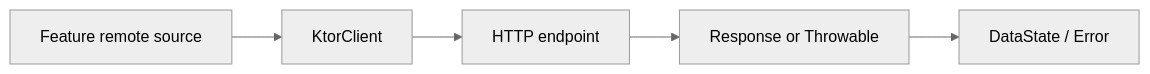
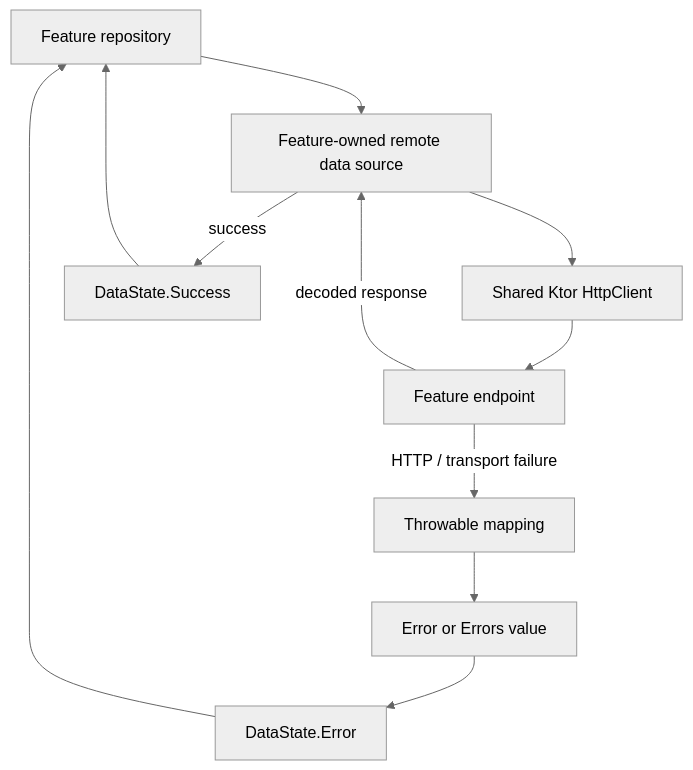
One commit to MihaiCristianCondrea/App-Toolkit-for-Android changed the diagram in library/core/network/README.md. Above: the diagram before and after it, drawn with Mermaid (neutral theme). The commit also changed other lines of this file and 57 other files, not shown here.

````diff
--- a/library/core/network/README.md
+++ b/library/core/network/README.md
@@ -34,7 +34,13 @@
 ```mermaid
-flowchart LR
-    FeatureSource[Feature remote source] --> Client[KtorClient]
-    Client --> HTTP[HTTP endpoint]
-    HTTP --> Throwable[Response or Throwable]
-    Throwable --> State[DataState / Error]
+flowchart TD
+    Repository[Feature repository] --> Remote[Feature-owned remote data source]
+    Remote --> Client[Shared Ktor HttpClient]
+    Client --> Endpoint[Feature endpoint]
+    Endpoint -->|decoded response| Remote
+    Endpoint -->|HTTP / transport failure| Throwable[Throwable mapping]
+    Throwable --> Error[Error or Errors value]
+    Remote -->|success| State[DataState.Success]
+    Error --> StateError[DataState.Error]
+    State --> Repository
+    StateError --> Repository
 ```
````
